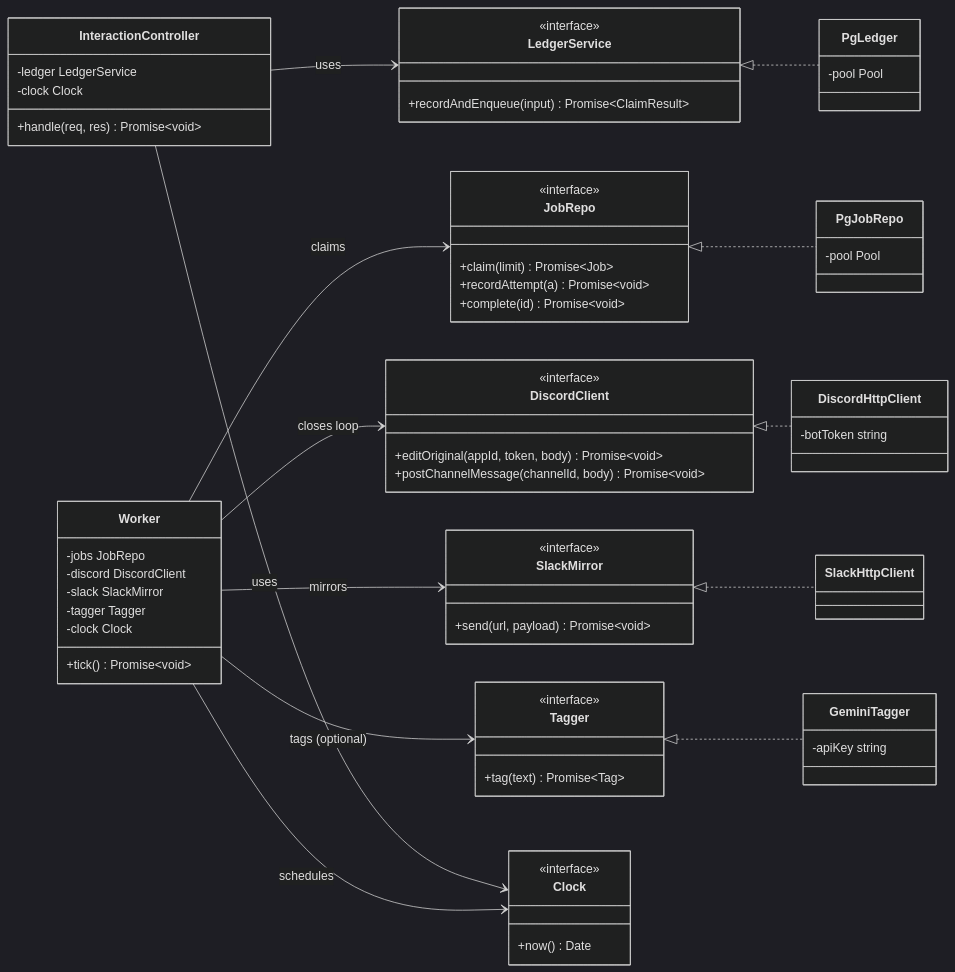
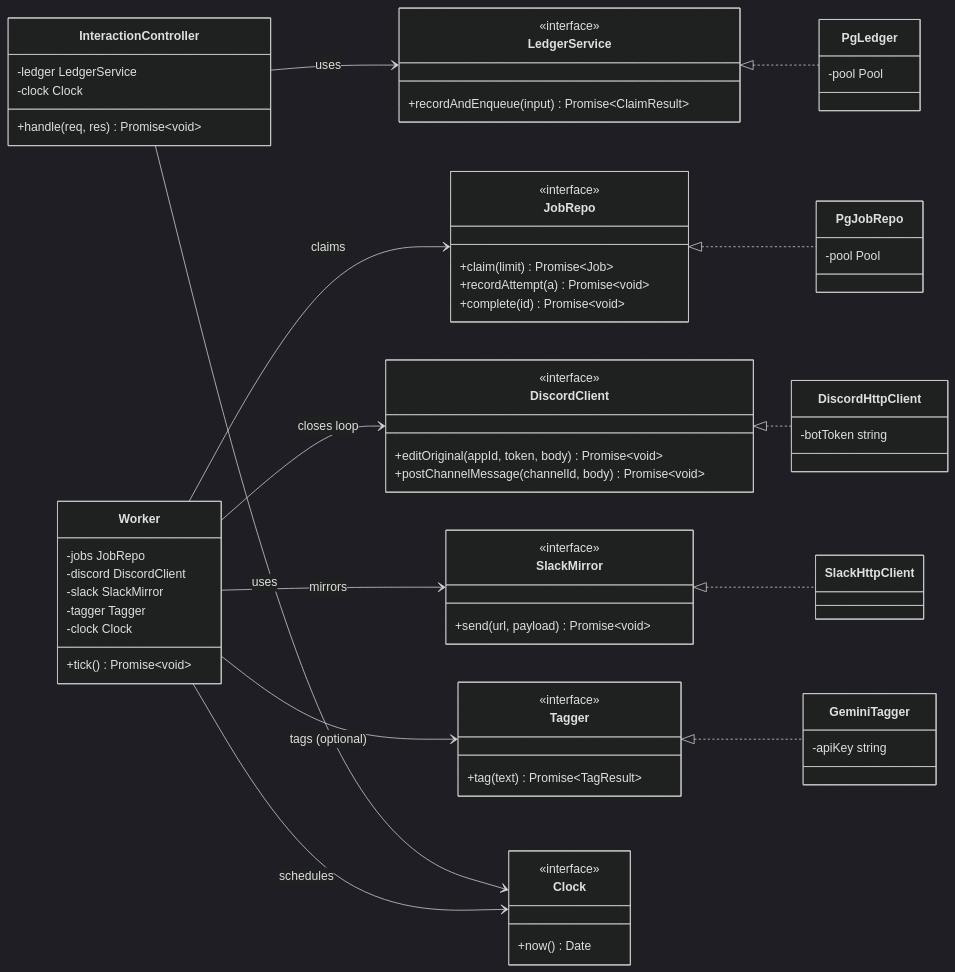
Before and after one commit to RohanUrankar/discord-report-line: the fifth of 12 diagrams in architecture/docs/DESIGN.md, drawn with Mermaid (dark theme). The commit also changed other lines of this file and 40 other files, not shown here.

````diff
--- a/architecture/docs/DESIGN.md
+++ b/architecture/docs/DESIGN.md
@@ -510,72 +510,72 @@
 ```mermaid
 classDiagram
     direction LR
 
     class LedgerService {
         <<interface>>
         +recordAndEnqueue(input) Promise~ClaimResult~
     }
     class JobRepo {
         <<interface>>
         +claim(limit) Promise~Job~
         +recordAttempt(a) Promise~void~
         +complete(id) Promise~void~
     }
     class DiscordClient {
         <<interface>>
         +editOriginal(appId, token, body) Promise~void~
         +postChannelMessage(channelId, body) Promise~void~
     }
     class SlackMirror {
         <<interface>>
         +send(url, payload) Promise~void~
     }
     class Tagger {
         <<interface>>
-        +tag(text) Promise~Tag~
+        +tag(text) Promise~TagResult~
     }
     class Clock {
         <<interface>>
         +now() Date
     }
 
     class InteractionController {
         -ledger LedgerService
         -clock Clock
         +handle(req, res) Promise~void~
     }
     class Worker {
         -jobs JobRepo
         -discord DiscordClient
         -slack SlackMirror
         -tagger Tagger
         -clock Clock
         +tick() Promise~void~
     }
     class PgLedger {
         -pool Pool
     }
     class PgJobRepo {
         -pool Pool
     }
     class DiscordHttpClient {
         -botToken string
     }
     class SlackHttpClient
     class GeminiTagger {
         -apiKey string
     }
 
     LedgerService <|.. PgLedger
     JobRepo <|.. PgJobRepo
     DiscordClient <|.. DiscordHttpClient
     SlackMirror <|.. SlackHttpClient
     Tagger <|.. GeminiTagger
     InteractionController --> LedgerService : uses
     InteractionController --> Clock : uses
     Worker --> JobRepo : claims
     Worker --> DiscordClient : closes loop
     Worker --> SlackMirror : mirrors
     Worker --> Tagger : tags (optional)
     Worker --> Clock : schedules
 ```
````
